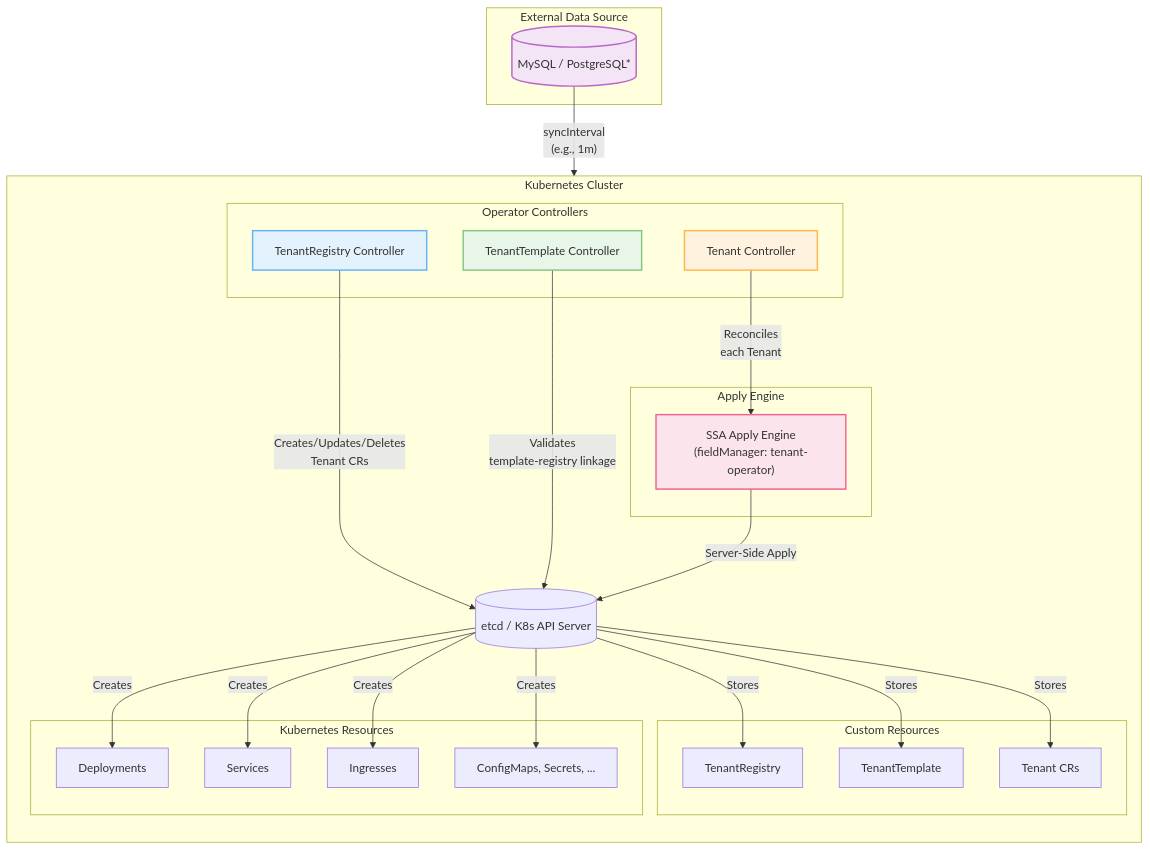
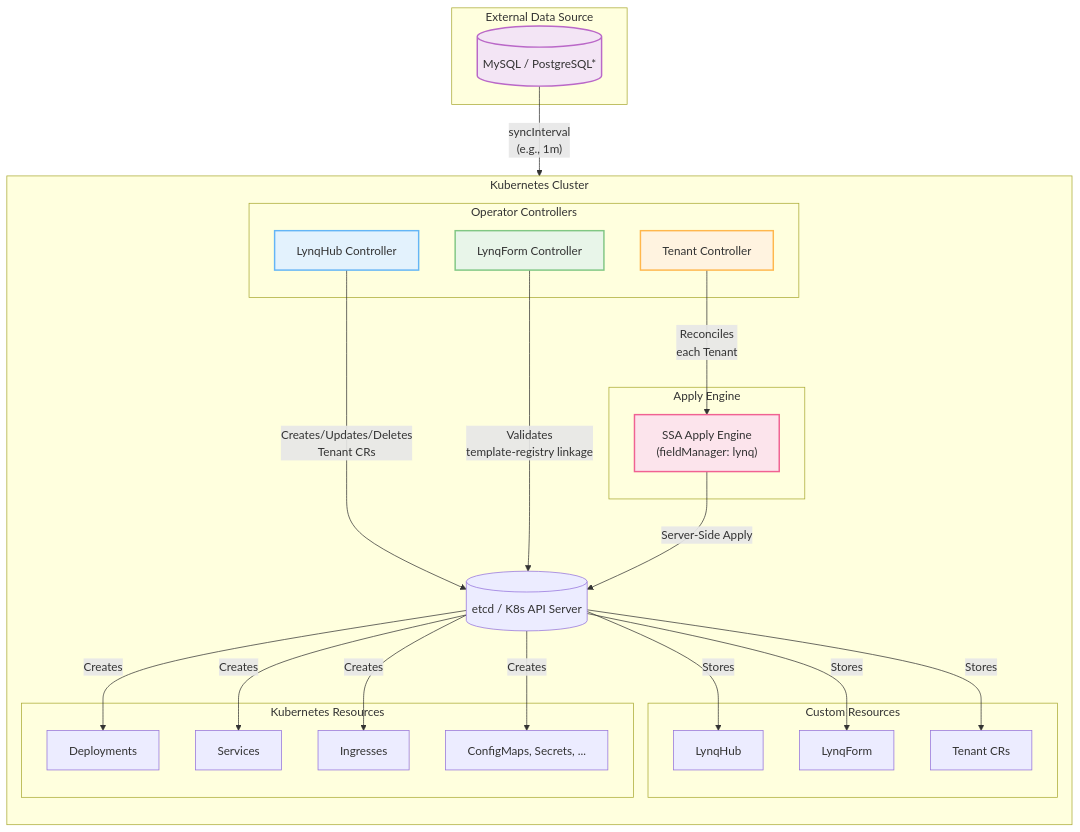
One commit to kubernetes-tenants/tenant-operator changed the first of 2 diagrams in docs/architecture.md. Above: the diagram before and after it, drawn with Mermaid. The commit also changed other lines of this file and 193 other files, not shown here.

````diff
--- a/docs/architecture.md
+++ b/docs/architecture.md
@@ -7,56 +7,56 @@
 ```mermaid
 flowchart TB
     subgraph External["External Data Source"]
         DB[(MySQL / PostgreSQL*)]
     end
 
     subgraph Cluster["Kubernetes Cluster"]
         direction TB
 
         subgraph Controllers["Operator Controllers"]
-            RC[TenantRegistry Controller]
-            TC[TenantTemplate Controller]
+            RC[LynqHub Controller]
+            TC[LynqForm Controller]
             TNC[Tenant Controller]
         end
 
         subgraph CRDs["Custom Resources"]
-            TR[TenantRegistry]
-            TT[TenantTemplate]
+            TR[LynqHub]
+            TT[LynqForm]
             T[Tenant CRs]
         end
 
         subgraph Engine["Apply Engine"]
-            SSA["SSA Apply Engine<br/>(fieldManager: tenant-operator)"]
+            SSA["SSA Apply Engine<br/>(fieldManager: lynq)"]
         end
 
         subgraph Resources["Kubernetes Resources"]
             DEP[Deployments]
             SVC[Services]
             ING[Ingresses]
             etc[ConfigMaps, Secrets, ...]
         end
 
         API[(etcd / K8s API Server)]
     end
 
     DB -->|"syncInterval<br/>(e.g., 1m)"| RC
     RC -->|"Creates/Updates/Deletes<br/>Tenant CRs"| API
     API -->|"Stores"| TR
     API -->|"Stores"| TT
     API -->|"Stores"| T
 
     TC -->|"Validates<br/>template-registry linkage"| API
     TNC -->|"Reconciles<br/>each Tenant"| SSA
     SSA -->|"Server-Side Apply"| API
 
     API -->|"Creates"| DEP
     API -->|"Creates"| SVC
     API -->|"Creates"| ING
     API -->|"Creates"| etc
 
     style RC fill:#e3f2fd,stroke:#64b5f6,stroke-width:2px
     style TC fill:#e8f5e9,stroke:#81c784,stroke-width:2px
     style TNC fill:#fff3e0,stroke:#ffb74d,stroke-width:2px
     style SSA fill:#fce4ec,stroke:#f06292,stroke-width:2px
     style DB fill:#f3e5f5,stroke:#ba68c8,stroke-width:2px
 ```
````
